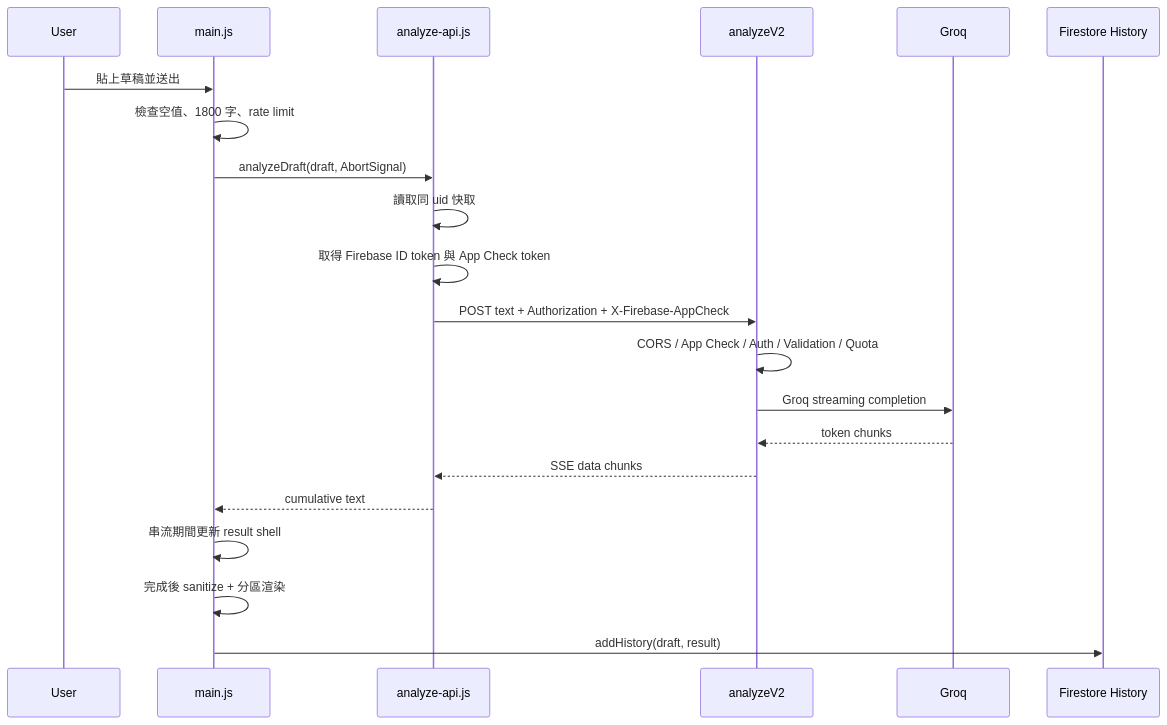
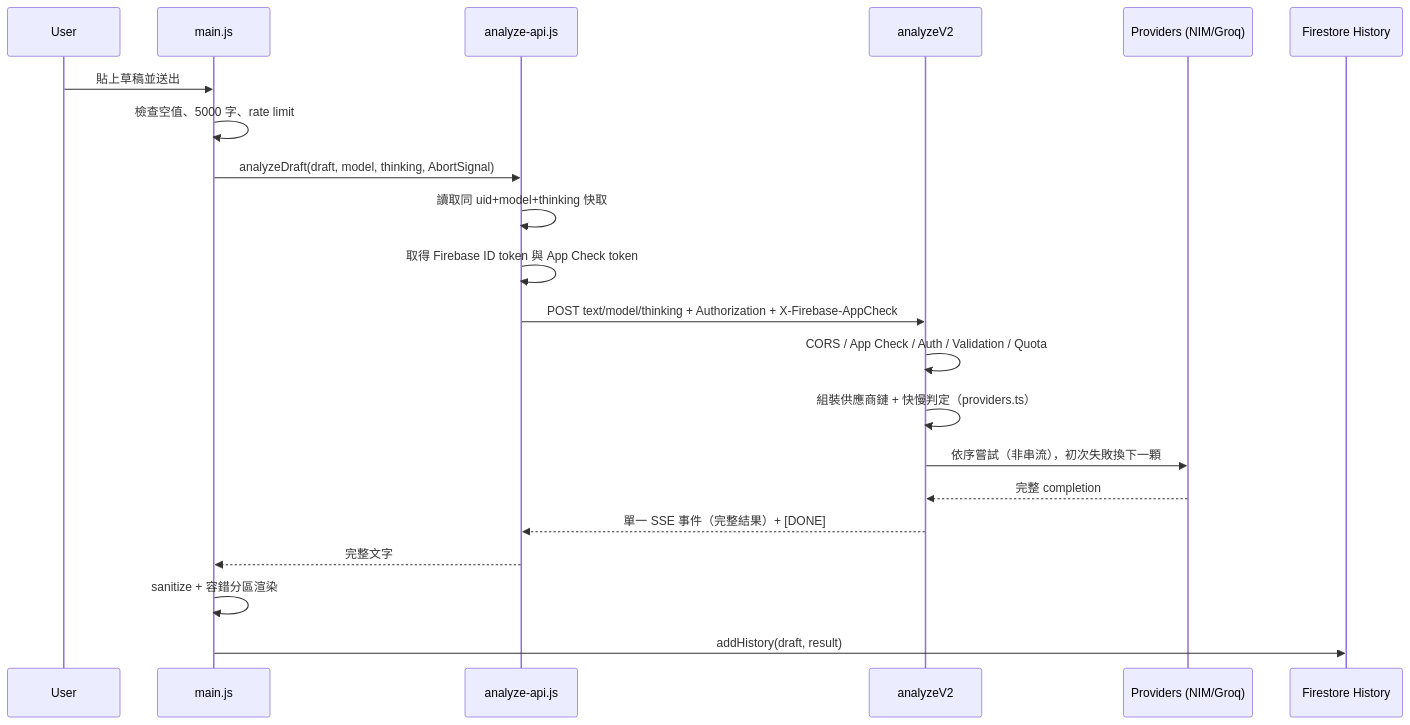
One commit to waydefu/- changed the second of 2 diagrams in README.md. Above: the diagram before and after it, drawn with Mermaid. The commit also changed other lines of this file and 5 other files, not shown here.

First line of the commit message:
refactor: 模組化 LLM 供應商層與審稿控制 + spark-switch 強化 + README 導航圖更新

````diff
--- a/README.md
+++ b/README.md
@@ -223,24 +229,24 @@
 ```mermaid
 sequenceDiagram
   participant U as User
   participant A as main.js
   participant API as analyze-api.js
   participant F as analyzeV2
-  participant G as Groq
+  participant P as Providers (NIM/Groq)
   participant H as Firestore History
 
   U->>A: 貼上草稿並送出
-  A->>A: 檢查空值、1800 字、rate limit
-  A->>API: analyzeDraft(draft, AbortSignal)
-  API->>API: 讀取同 uid 快取
+  A->>A: 檢查空值、5000 字、rate limit
+  A->>API: analyzeDraft(draft, model, thinking, AbortSignal)
+  API->>API: 讀取同 uid+model+thinking 快取
   API->>API: 取得 Firebase ID token 與 App Check token
-  API->>F: POST text + Authorization + X-Firebase-AppCheck
+  API->>F: POST text/model/thinking + Authorization + X-Firebase-AppCheck
   F->>F: CORS / App Check / Auth / Validation / Quota
-  F->>G: Groq streaming completion
-  G-->>F: token chunks
-  F-->>API: SSE data chunks
-  API-->>A: cumulative text
-  A->>A: 串流期間更新 result shell
-  A->>A: 完成後 sanitize + 分區渲染
+  F->>F: 組裝供應商鏈 + 快慢判定（providers.ts）
+  F->>P: 依序嘗試（非串流），初次失敗換下一顆
+  P-->>F: 完整 completion
+  F-->>API: 單一 SSE 事件（完整結果）+ [DONE]
+  API-->>A: 完整文字
+  A->>A: sanitize + 容錯分區渲染
   A->>H: addHistory(draft, result)
 ```
````
